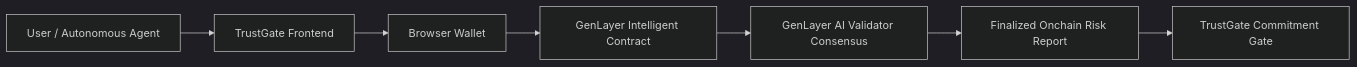
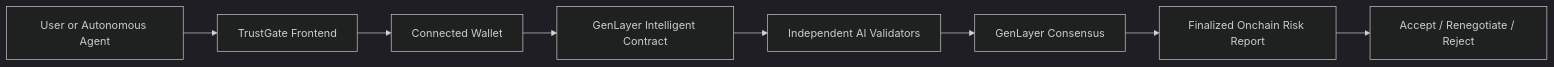
One commit to shoupeorg/Trustgate changed the diagram in README.md. Above: the diagram before and after it, drawn with Mermaid (dark theme). The commit also changed other lines of this file, not shown here.

Commit message:
Polish TrustGate README

````diff
--- a/README.md
+++ b/README.md
@@ -46,9 +109,19 @@
 ```mermaid
 flowchart LR
-    A[User / Autonomous Agent] --> B[TrustGate Frontend]
-    B --> C[Browser Wallet]
-    C --> D[GenLayer Intelligent Contract]
-    D --> E[GenLayer AI Validator Consensus]
-    E --> F[Finalized Onchain Risk Report]
-    F --> G[TrustGate Commitment Gate]
+    A[User or Autonomous Agent]
+    B[TrustGate Frontend]
+    C[Connected Wallet]
+    D[GenLayer Intelligent Contract]
+    E[Independent AI Validators]
+    F[GenLayer Consensus]
+    G[Finalized Onchain Risk Report]
+    H[Accept / Renegotiate / Reject]
+
+    A --> B
+    B --> C
+    C --> D
+    D --> E
+    E --> F
+    F --> G
+    G --> H
 ```
````
